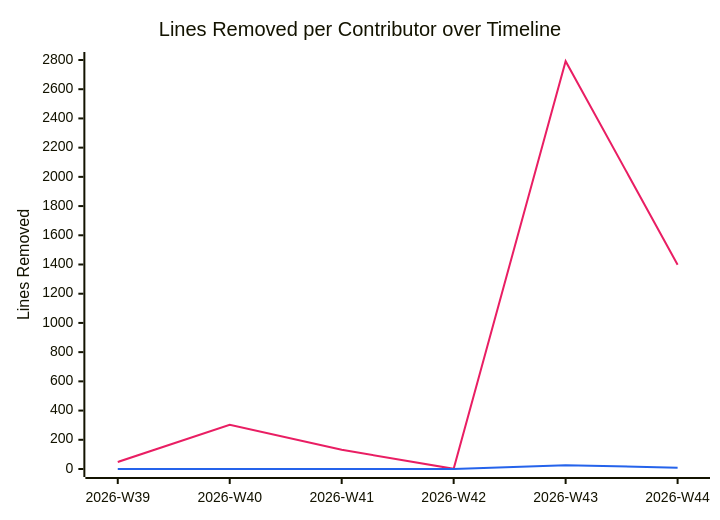
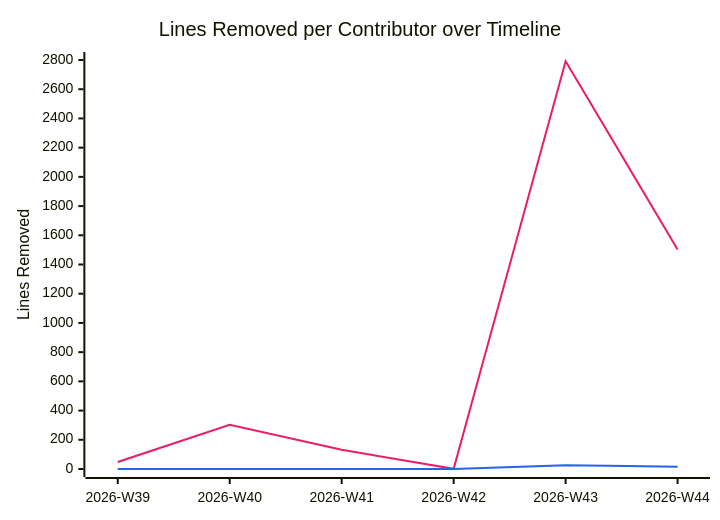
Before and after one commit to BeyondMagic/wisp: the diagram in documentation/snippets/management/code-deletions.mmd, drawn with Mermaid. The commit also changed 2 other files, not shown here.

```diff
--- a/documentation/snippets/management/code-deletions.mmd
+++ b/documentation/snippets/management/code-deletions.mmd
@@ -1,7 +1,7 @@
 %%{init: {"themeVariables": {"xyChart": {"plotColorPalette": "#e91e63, #2563eb"}}}}%%
 xychart-beta
     title "Lines Removed per Contributor over Timeline"
     x-axis ["2026-W39", "2026-W40", "2026-W41", "2026-W42", "2026-W43", "2026-W44"]
     y-axis "Lines Removed" 0 --> 2800
-    line [48, 303, 132, 1, 2792, 1399]
-    line [0, 0, 0, 0, 26, 9]
+    line [48, 303, 132, 1, 2792, 1503]
+    line [0, 0, 0, 0, 26, 15]
```
